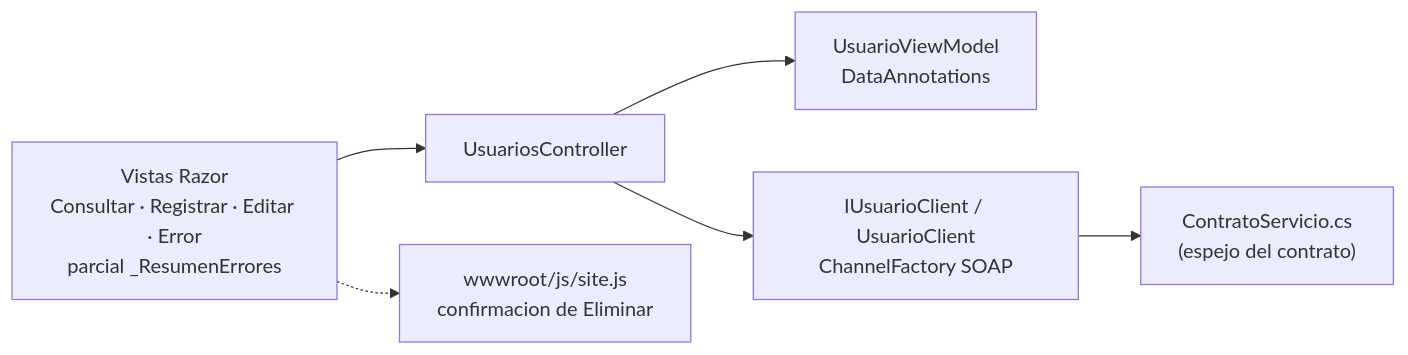
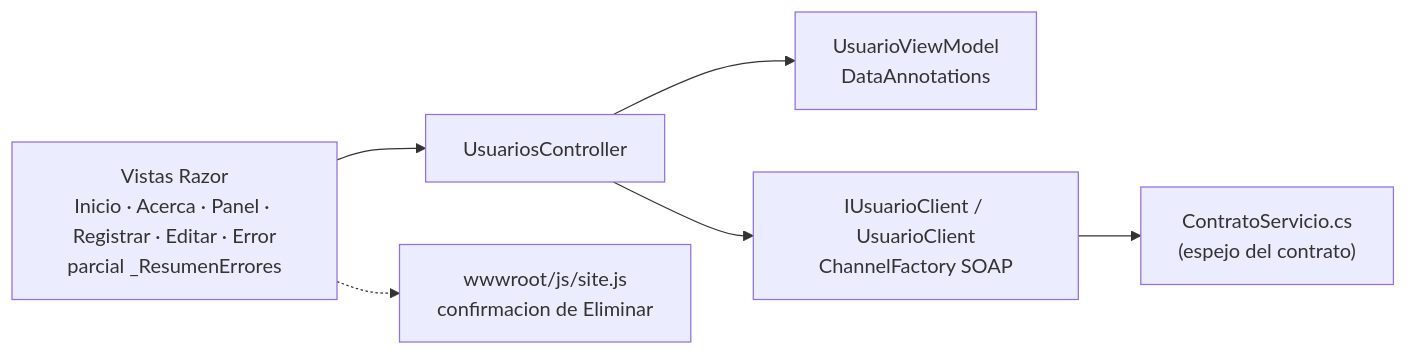
One commit to maomauro/GrupoDigitalBank-CRUD changed the third of 7 diagrams in docs/arquitectura.md. Above: the diagram before and after it, drawn with Mermaid. The commit also changed other lines of this file and 47 other files, not shown here.

````diff
--- a/docs/arquitectura.md
+++ b/docs/arquitectura.md
@@ -77,15 +77,15 @@
 ```mermaid
 flowchart LR
-    vistas["Vistas Razor<br/>Consultar · Registrar · Editar · Error<br/>parcial _ResumenErrores"]
+    vistas["Vistas Razor<br/>Inicio · Acerca · Panel · Registrar · Editar · Error<br/>parcial _ResumenErrores"]
     ctrl["UsuariosController"]
     vm["UsuarioViewModel<br/>DataAnnotations"]
     cli["IUsuarioClient / UsuarioClient<br/>ChannelFactory SOAP"]
     contrato["ContratoServicio.cs<br/>(espejo del contrato)"]
     js["wwwroot/js/site.js<br/>confirmacion de Eliminar"]
 
     vistas --> ctrl
     ctrl --> vm
     ctrl --> cli
     cli --> contrato
     vistas -.-> js
 ```
````
